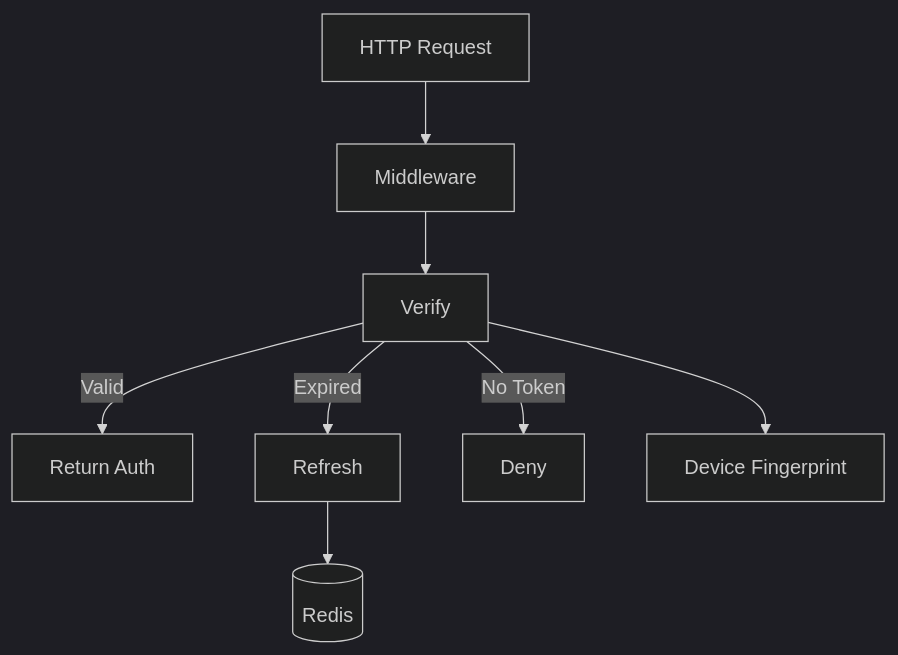
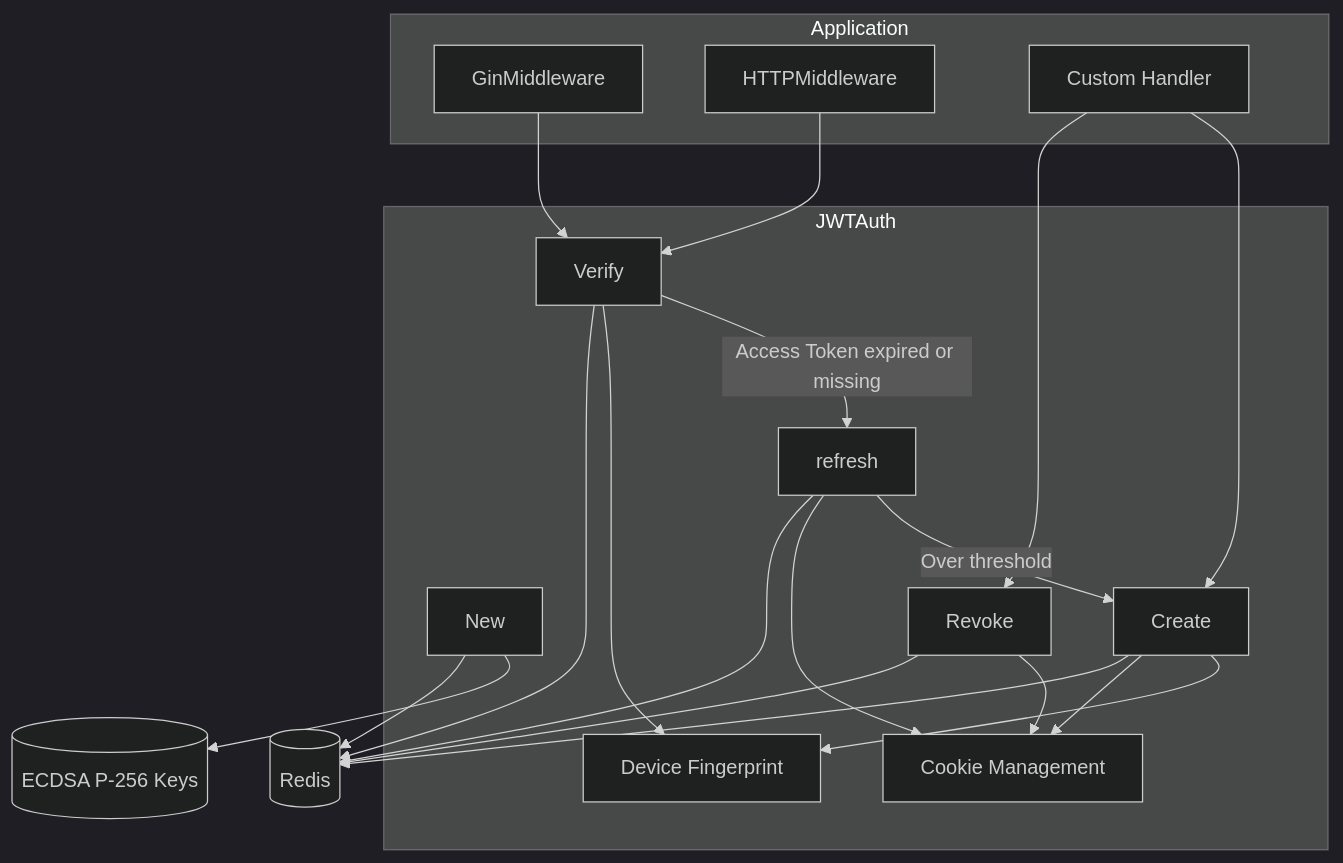
One commit to pardnchiu/go-jwt changed the first of 13 diagrams in doc/architecture.md. Above: the diagram before and after it, drawn with Mermaid (dark theme). The commit also changed other lines of this file and 6 other files, not shown here.

Commit message:
doc: Regenerate bilingual README, technical docs, and architecture diagrams

````diff
--- a/doc/architecture.md
+++ b/doc/architecture.md
@@ -7,10 +7,37 @@
 ```mermaid
 graph TB
-    REQ[HTTP Request] --> MW[Middleware]
-    MW --> V[Verify]
-    V -->|Valid| AUTH[Return Auth]
-    V -->|Expired| RF[Refresh]
-    V -->|No Token| DENY[Deny]
-    RF --> REDIS[(Redis)]
-    V --> FP[Device Fingerprint]
+    subgraph Application
+        GIN[GinMiddleware]
+        HTTP[HTTPMiddleware]
+        APP[Custom Handler]
+    end
+
+    subgraph JWTAuth
+        NEW[New]
+        CREATE[Create]
+        VERIFY[Verify]
+        REFRESH[refresh]
+        REVOKE[Revoke]
+        FP[Device Fingerprint]
+        COOKIE[Cookie Management]
+    end
+
+    GIN --> VERIFY
+    HTTP --> VERIFY
+    APP --> CREATE
+    APP --> REVOKE
+    VERIFY -->|Access Token expired or missing| REFRESH
+    REFRESH -->|Over threshold| CREATE
+    CREATE --> FP
+    VERIFY --> FP
+    CREATE --> COOKIE
+    REFRESH --> COOKIE
+    REVOKE --> COOKIE
+
+    NEW --> PEM[(ECDSA P-256 Keys)]
+    NEW --> REDIS[(Redis)]
+    CREATE --> REDIS
+    VERIFY --> REDIS
+    REFRESH --> REDIS
+    REVOKE --> REDIS
 ```
````
